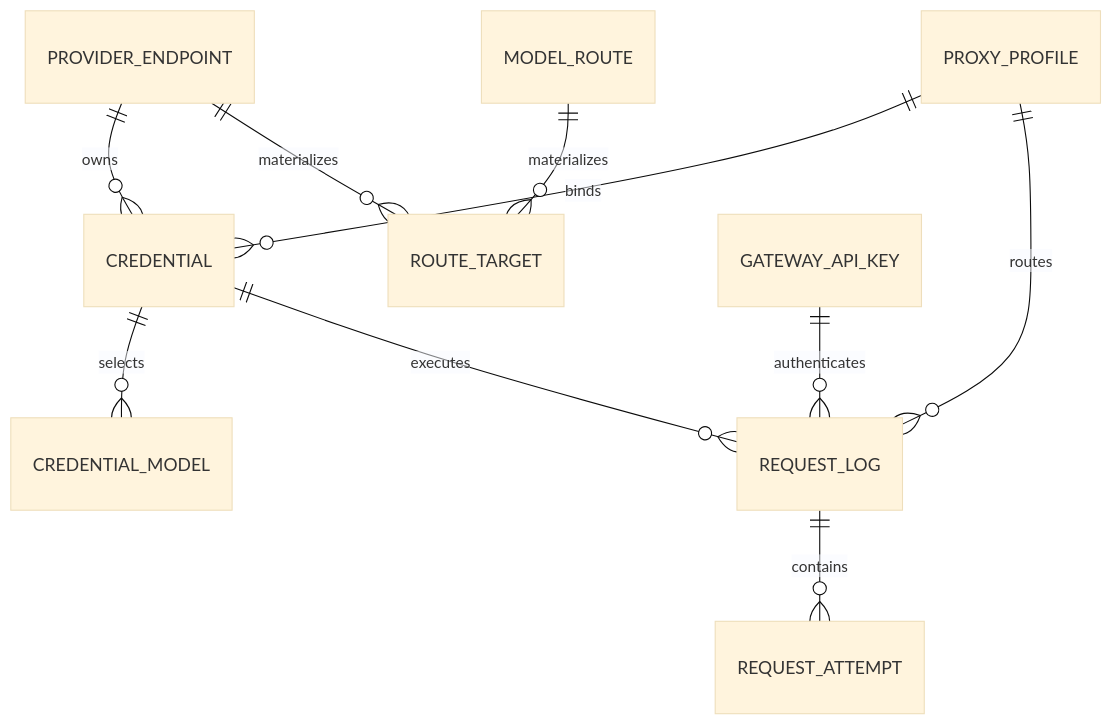
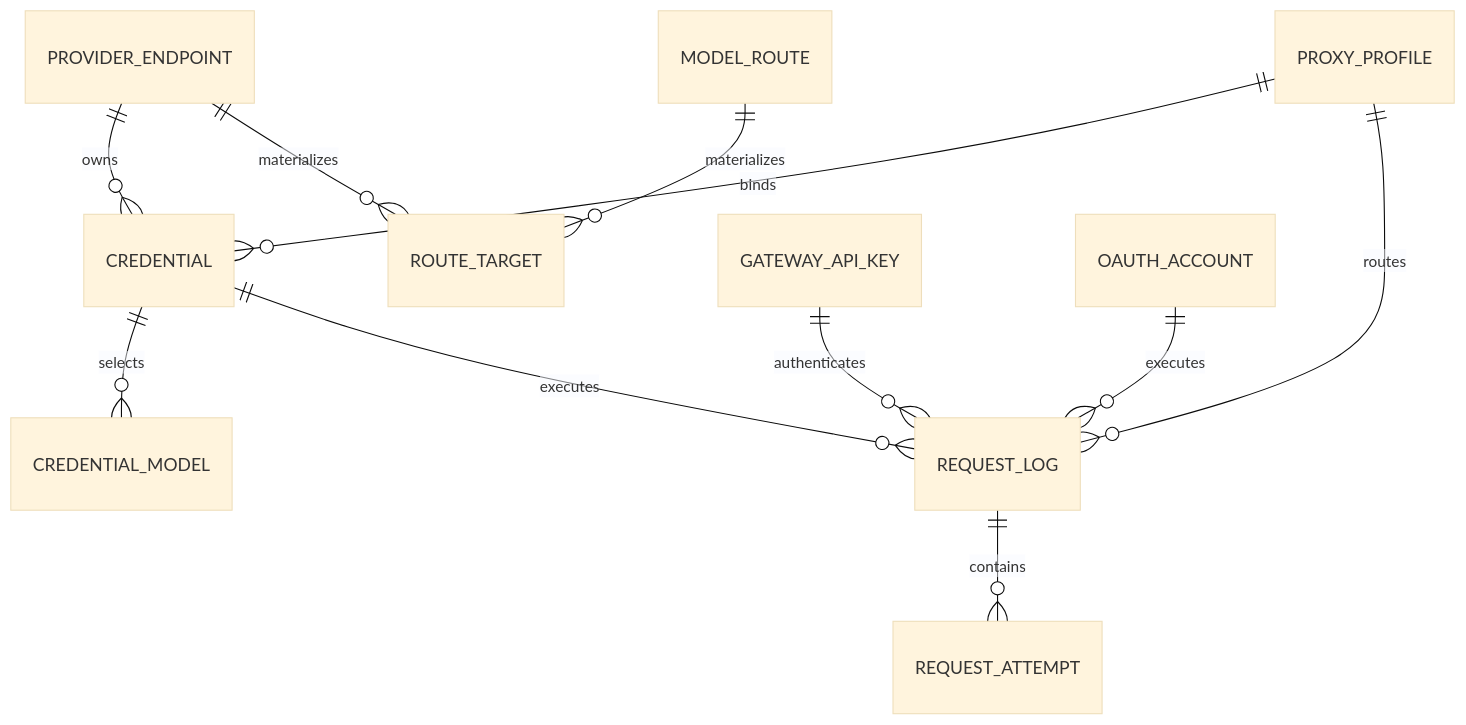
Before and after one commit to xinvexo/any2api: the second of 3 diagrams in ARCHITECTURE.md, drawn with Mermaid (base theme). The commit also changed other lines of this file and 41 other files, not shown here.

````diff
--- a/ARCHITECTURE.md
+++ b/ARCHITECTURE.md
@@ -847,12 +851,13 @@
 ```mermaid
 erDiagram
     PROVIDER_ENDPOINT ||--o{ CREDENTIAL : owns
     PROXY_PROFILE ||--o{ CREDENTIAL : binds
     CREDENTIAL ||--o{ CREDENTIAL_MODEL : selects
     MODEL_ROUTE ||--o{ ROUTE_TARGET : materializes
     PROVIDER_ENDPOINT ||--o{ ROUTE_TARGET : materializes
     GATEWAY_API_KEY ||--o{ REQUEST_LOG : authenticates
     CREDENTIAL ||--o{ REQUEST_LOG : executes
+    OAUTH_ACCOUNT ||--o{ REQUEST_LOG : executes
     REQUEST_LOG ||--o{ REQUEST_ATTEMPT : contains
     PROXY_PROFILE ||--o{ REQUEST_LOG : routes
 ```
````
